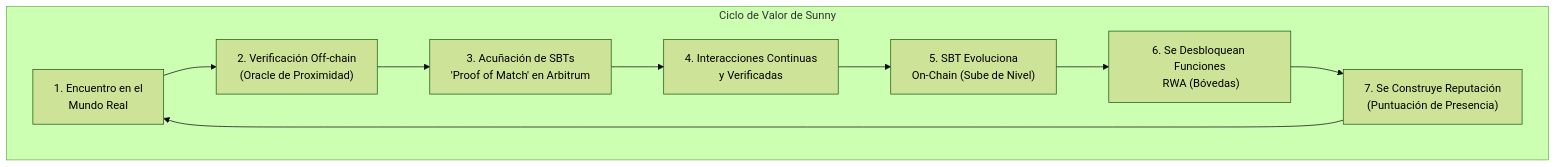
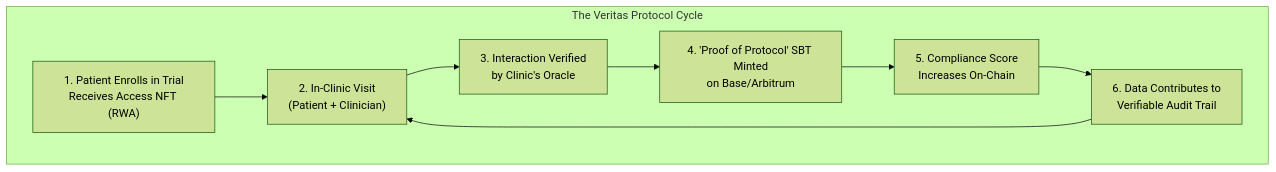
The first of 2 diagrams in README.md (edsphinx/sunny-app), drawn with Mermaid (forest theme) before and after one commit. The commit also changed other lines of this file, not shown here.

````diff
--- a/README.md
+++ b/README.md
@@ -45,16 +30,11 @@
 ```mermaid
-
-
 graph TD
-    subgraph "Ciclo de Valor de Sunny"
-        A["1. Encuentro en el<br>Mundo Real"] --> B["2. Verificación Off-chain<br> (Oracle de Proximidad)"];
-        B --> C["3. Acuñación de SBTs<br>'Proof of Match' en Arbitrum"];
-        C --> D["4. Interacciones Continuas<br>y Verificadas"];
-        D --> E["5. SBT Evoluciona<br>On-Chain (Sube de Nivel)"];
-        E --> F["6. Se Desbloquean Funciones<br> RWA (Bóvedas)"];
-        F --> G["7. Se Construye Reputación<br> (Puntuación de Presencia)"];
-        G --> A;
+    subgraph "The Veritas Protocol Cycle"
+        A["1. Patient Enrolls in Trial<br>Receives Access NFT (RWA)"] --> B["2. In-Clinic Visit<br>(Patient + Clinician)"];
+        B --> C["3. Interaction Verified<br>by Clinic's Oracle"];
+        C --> D["4. 'Proof of Protocol' SBT Minted<br>on Base/Arbitrum"];
+        D --> E["5. Compliance Score<br>Increases On-Chain"];
+        E --> F["6. Data Contributes to<br>Verifiable Audit Trail"];
+        F --> B;
     end
-
-
 ```
````
